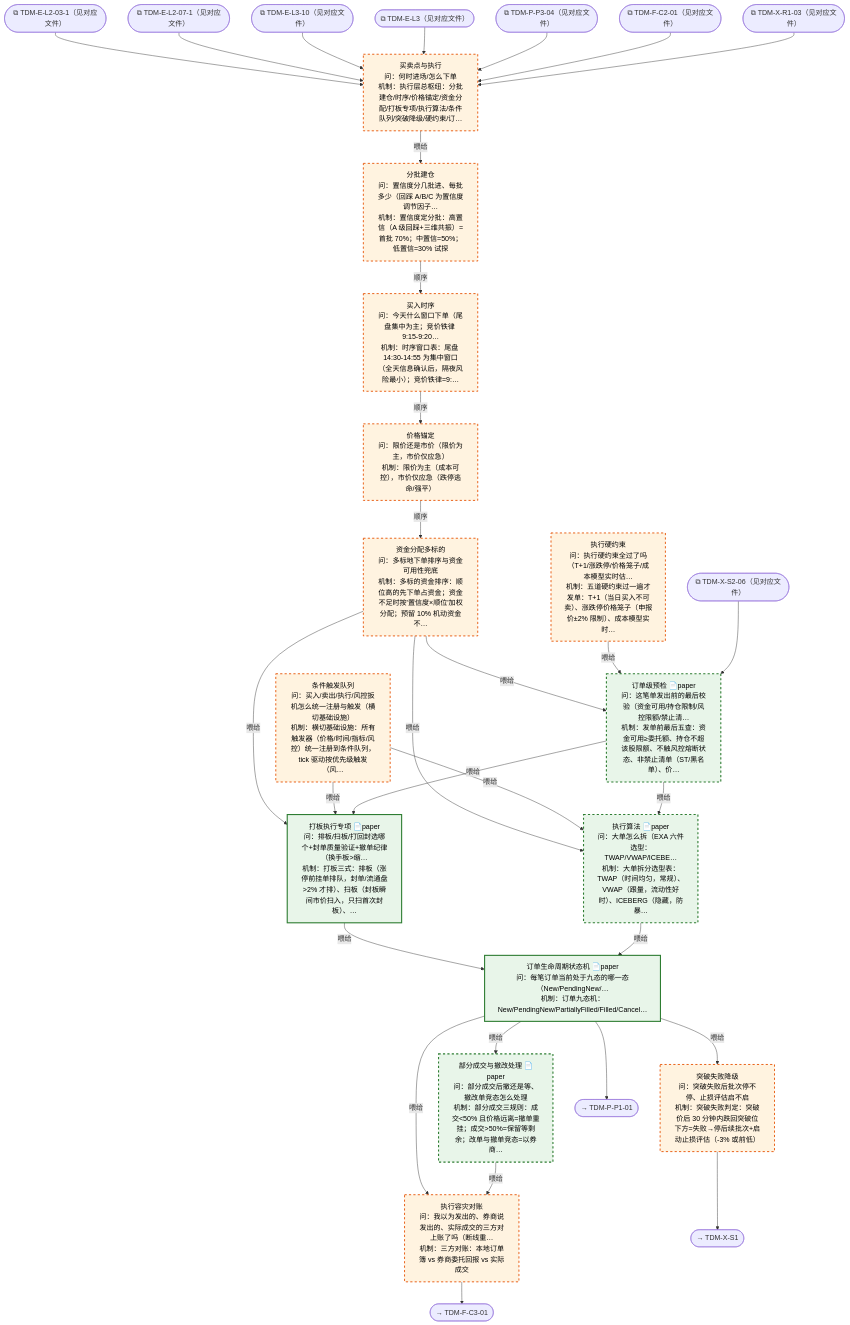
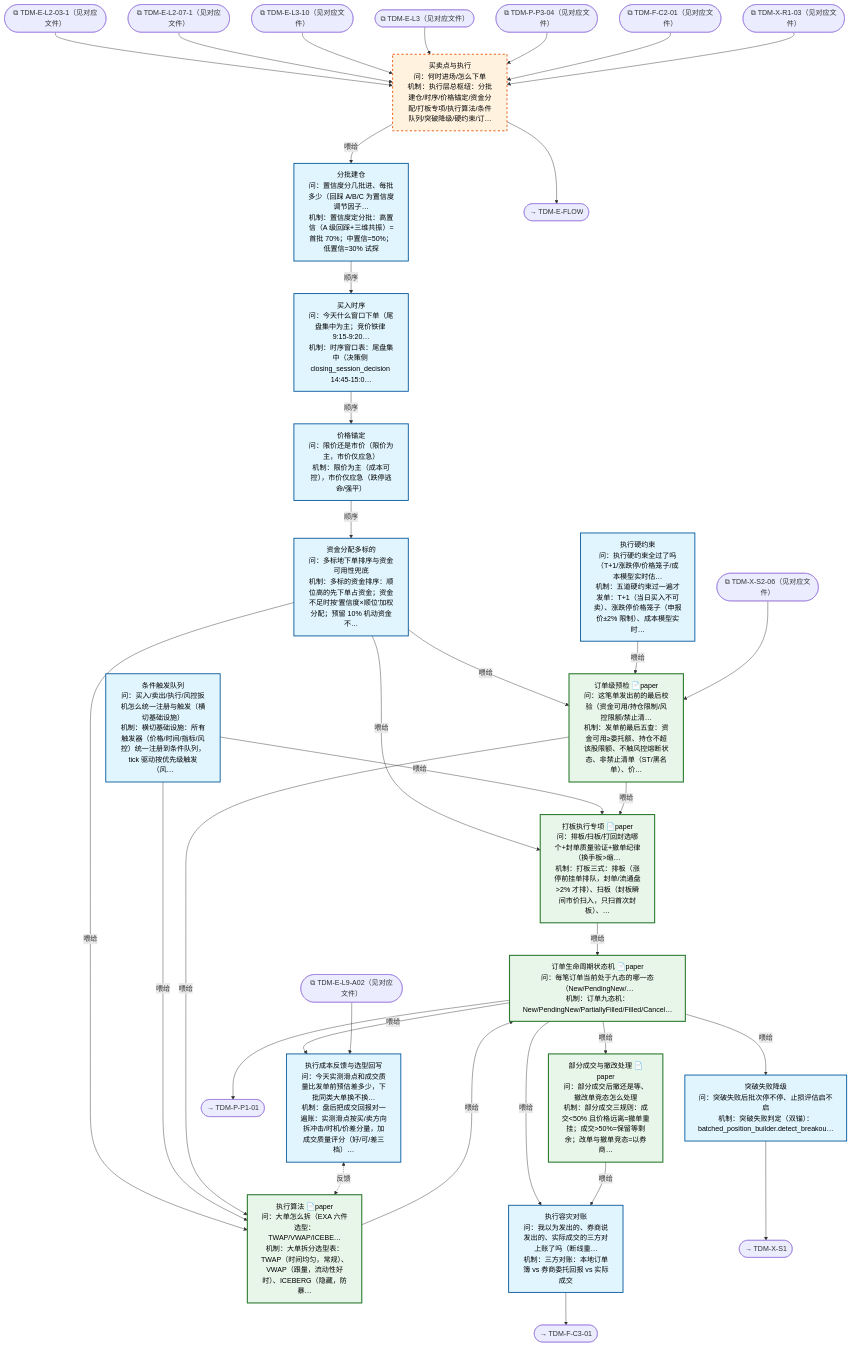
The diagram in docs/02_enterprise_architecture/10_trading_map/trading_map_04_e_l4_exec.md (xuanFelixVan/ZephyrAlpha), drawn with Mermaid before and after one commit. The commit also changed other lines of this file and 15 other files, not shown here.

````diff
--- a/docs/02_enterprise_architecture/10_trading_map/trading_map_04_e_l4_exec.md
+++ b/docs/02_enterprise_architecture/10_trading_map/trading_map_04_e_l4_exec.md
@@ -21,60 +21,66 @@
 ```mermaid
 flowchart TD
   TDM_E_L4["买卖点与执行<br/>问：何时进场/怎么下单<br/>机制：执行层总枢纽：分批建仓/时序/价格锚定/资金分配/打板专项/执行算法/条件队列/突破降级/硬约束/订…"]
   TDM_E_L4_01["分批建仓<br/>问：置信度分几批进、每批多少（回踩 A/B/C 为置信度调节因子…<br/>机制：置信度定分批：高置信（A 级回踩+三维共振）=首批 70%；中置信=50%；低置信=30% 试探"]
-  TDM_E_L4_02["买入时序<br/>问：今天什么窗口下单（尾盘集中为主；竞价铁律 9:15-9:20…<br/>机制：时序窗口表：尾盘 14:30-14:55 为集中窗口（全天信息确认后，隔夜风险最小）；竞价铁律=9:…"]
+  TDM_E_L4_02["买入时序<br/>问：今天什么窗口下单（尾盘集中为主；竞价铁律 9:15-9:20…<br/>机制：时序窗口表：尾盘集中（决策侧 closing_session_decision 14:45-15:0…"]
   TDM_E_L4_03["价格锚定<br/>问：限价还是市价（限价为主，市价仅应急）<br/>机制：限价为主（成本可控），市价仅应急（跌停逃命/强平）"]
   TDM_E_L4_04["资金分配多标的<br/>问：多标地下单排序与资金可用性兜底<br/>机制：多标的资金排序：顺位高的先下单占资金；资金不足时按'置信度×顺位'加权分配；预留 10% 机动资金不…"]
   TDM_E_L4_05["打板执行专项 📄paper<br/>问：排板/扫板/打回封选哪个+封单质量验证+撤单纪律（换手板>缩…<br/>机制：打板三式：排板（涨停前挂单排队，封单/流通盘>2% 才排）、扫板（封板瞬间市价扫入，只扫首次封板）、…"]
   TDM_E_L4_06["执行算法 📄paper<br/>问：大单怎么拆（EXA 六件选型：TWAP/VWAP/ICEBE…<br/>机制：大单拆分选型表：TWAP（时间均匀，常规）、VWAP（跟量，流动性好时）、ICEBERG（隐藏，防暴…"]
   TDM_E_L4_07["条件触发队列<br/>问：买入/卖出/执行/风控扳机怎么统一注册与触发（横切基础设施）<br/>机制：横切基础设施：所有触发器（价格/时间/指标/风控）统一注册到条件队列，tick 驱动按优先级触发（风…"]
-  TDM_E_L4_08["突破失败降级<br/>问：突破失败后批次停不停、止损评估启不启<br/>机制：突破失败判定：突破价后 30 分钟内跌回突破位下方=失败→停后续批次+启动止损评估（-3% 或前低）"]
+  TDM_E_L4_08["突破失败降级<br/>问：突破失败后批次停不停、止损评估启不启<br/>机制：突破失败判定（双锚）：batched_position_builder.detect_breakou…"]
   TDM_E_L4_09["执行硬约束<br/>问：执行硬约束全过了吗（T+1/涨跌停/价格笼子/成本模型实时估…<br/>机制：五道硬约束过一遍才发单：T+1（当日买入不可卖）、涨跌停价格笼子（申报价±2% 限制）、成本模型实时…"]
   TDM_E_L4_10["订单生命周期状态机 📄paper<br/>问：每笔订单当前处于九态的哪一态（New/PendingNew/…<br/>机制：订单九态机：New/PendingNew/PartiallyFilled/Filled/Cancel…"]
   TDM_E_L4_11["部分成交与撤改处理 📄paper<br/>问：部分成交后撤还是等、撤改单竞态怎么处理<br/>机制：部分成交三规则：成交<50% 且价格远离=撤单重挂；成交>50%=保留等剩余；改单与撤单竞态=以券商…"]
   TDM_E_L4_12["订单级预检 📄paper<br/>问：这笔单发出前的最后校验（资金可用/持仓限制/风控限额/禁止清…<br/>机制：发单前最后五查：资金可用≥委托额、持仓不超该股限额、不触风控熔断状态、非禁止清单（ST/黑名单）、价…"]
   TDM_E_L4_13["执行容灾对账<br/>问：我以为发出的、券商说发出的、实际成交的三方对上账了吗（断线重…<br/>机制：三方对账：本地订单簿 vs 券商委托回报 vs 实际成交"]
+  TDM_E_L4_14["执行成本反馈与选型回写<br/>问：今天实测滑点和成交质量比发单前预估差多少，下批同类大单换不换…<br/>机制：盘后把成交回报对一遍账：实测滑点按买/卖方向拆冲击/时机/价差分量，加成交质量评分（好/可/差三档）…"]
   EXT_TDM_E_L2_03_1(["⧉ TDM-E-L2-03-1（见对应文件）"])
   EXT_TDM_E_L2_07_1(["⧉ TDM-E-L2-07-1（见对应文件）"])
   EXT_TDM_E_L3_10(["⧉ TDM-E-L3-10（见对应文件）"])
   EXT_TDM_E_L3(["⧉ TDM-E-L3（见对应文件）"])
   EXT_TDM_P_P3_04(["⧉ TDM-P-P3-04（见对应文件）"])
   EXT_TDM_F_C2_01(["⧉ TDM-F-C2-01（见对应文件）"])
   EXT_TDM_X_R1_03(["⧉ TDM-X-R1-03（见对应文件）"])
   EXT_TDM_X_S2_06(["⧉ TDM-X-S2-06（见对应文件）"])
+  EXT_TDM_E_L9_A02(["⧉ TDM-E-L9-A02（见对应文件）"])
   EXT_TDM_E_L2_03_1 --> TDM_E_L4
   EXT_TDM_E_L2_07_1 --> TDM_E_L4
   EXT_TDM_E_L3_10 --> TDM_E_L4
   TDM_E_L4_01 -->|顺序| TDM_E_L4_02
   TDM_E_L4_02 -->|顺序| TDM_E_L4_03
   TDM_E_L4_03 -->|顺序| TDM_E_L4_04
   TDM_E_L4_04 -->|喂给| TDM_E_L4_05
   TDM_E_L4_04 -->|喂给| TDM_E_L4_06
   TDM_E_L4_07 -->|喂给| TDM_E_L4_05
   TDM_E_L4_07 -->|喂给| TDM_E_L4_06
   TDM_E_L4_08 --> EXT_OUT_TDM_X_S1([→ TDM-X-S1])
   TDM_E_L4_04 -->|喂给| TDM_E_L4_12
   TDM_E_L4_12 -->|喂给| TDM_E_L4_05
   TDM_E_L4_12 -->|喂给| TDM_E_L4_06
   TDM_E_L4_05 -->|喂给| TDM_E_L4_10
   TDM_E_L4_06 -->|喂给| TDM_E_L4_10
   TDM_E_L4_10 -->|喂给| TDM_E_L4_11
   TDM_E_L4_10 -->|喂给| TDM_E_L4_13
   TDM_E_L4_11 -->|喂给| TDM_E_L4_13
   TDM_E_L4_13 --> EXT_OUT_TDM_F_C3_01([→ TDM-F-C3-01])
+  TDM_E_L4_10 -->|喂给| TDM_E_L4_14
+  TDM_E_L4_14 <-.->|反馈| TDM_E_L4_06
   EXT_TDM_E_L3 --> TDM_E_L4
   TDM_E_L4 -->|喂给| TDM_E_L4_01
   TDM_E_L4_10 -->|喂给| TDM_E_L4_08
   TDM_E_L4_09 -->|喂给| TDM_E_L4_12
   TDM_E_L4_10 --> EXT_OUT_TDM_P_P1_01([→ TDM-P-P1-01])
   EXT_TDM_P_P3_04 --> TDM_E_L4
   EXT_TDM_F_C2_01 --> TDM_E_L4
   EXT_TDM_X_S2_06 --> TDM_E_L4_12
   EXT_TDM_X_R1_03 --> TDM_E_L4
+  TDM_E_L4 --> EXT_OUT_TDM_E_FLOW([→ TDM-E-FLOW])
+  EXT_TDM_E_L9_A02 --> TDM_E_L4_14
   classDef production fill:#e1f5fe,stroke:#01579b,stroke-width:2px,color:#000;
   classDef design fill:#fff3e0,stroke:#e65100,stroke-width:2px,color:#000,stroke-dasharray: 5 5;
   classDef paper fill:#e8f5e9,stroke:#2e7d32,stroke-width:2.5px,color:#000;
-  class TDM_E_L4_05,TDM_E_L4_10 production;
-  class TDM_E_L4,TDM_E_L4_01,TDM_E_L4_02,TDM_E_L4_03,TDM_E_L4_04,TDM_E_L4_06,TDM_E_L4_07,TDM_E_L4_08,TDM_E_L4_09,TDM_E_L4_11,TDM_E_L4_12,TDM_E_L4_13 design;
+  class TDM_E_L4_01,TDM_E_L4_02,TDM_E_L4_03,TDM_E_L4_04,TDM_E_L4_05,TDM_E_L4_06,TDM_E_L4_07,TDM_E_L4_08,TDM_E_L4_09,TDM_E_L4_10,TDM_E_L4_11,TDM_E_L4_12,TDM_E_L4_13,TDM_E_L4_14 production;
+  class TDM_E_L4 design;
   class TDM_E_L4_05,TDM_E_L4_06,TDM_E_L4_10,TDM_E_L4_11,TDM_E_L4_12 paper;
 ```
````
